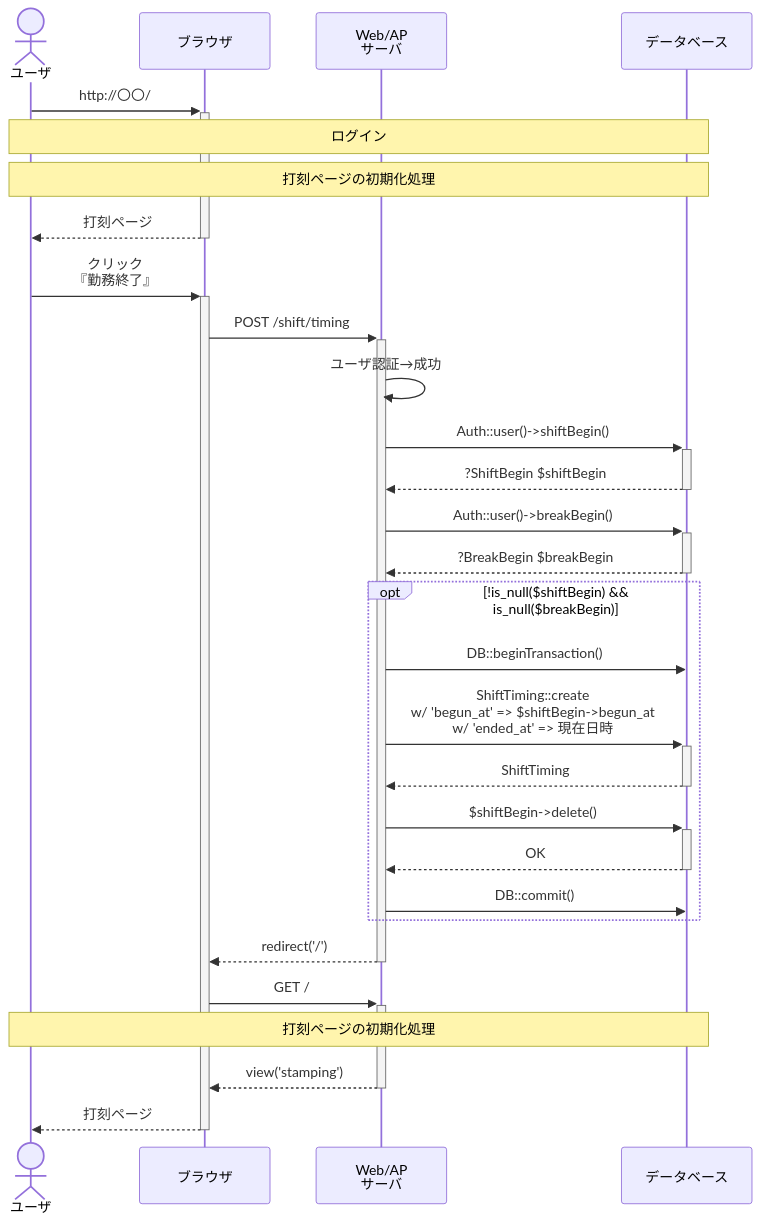
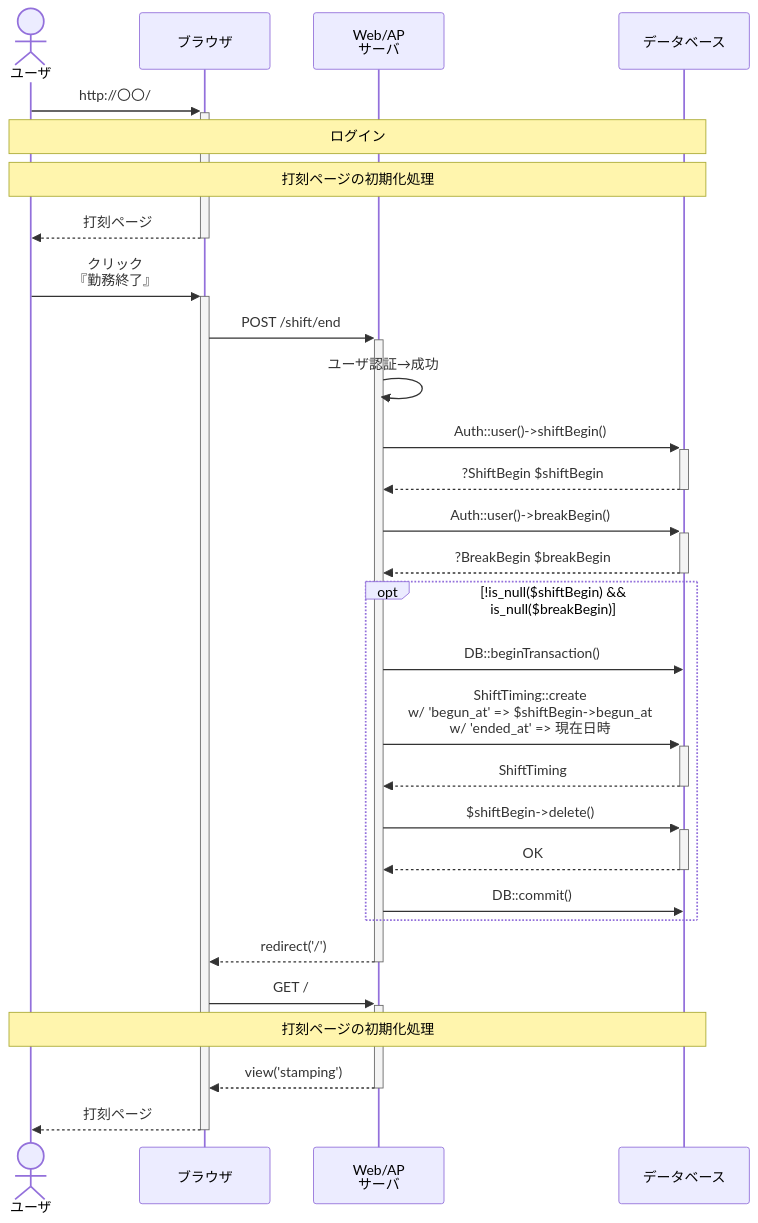
Before and after one commit to ryamao/atte: the diagram in doc/シーケンス図/勤務終了.md, drawn with Mermaid. The commit also changed 1 other file, not shown here.

Commit message:
doc: シーケンス図の誤字を修正

````diff
--- a/doc/シーケンス図/勤務終了.md
+++ b/doc/シーケンス図/勤務終了.md
@@ -3,33 +3,33 @@
 ```mermaid
 sequenceDiagram
   actor U as ユーザ
   participant B as ブラウザ
   participant A as Web/AP<br>サーバ
   participant D as データベース
 
   U ->>+ B : http://〇〇/
   note over U, D : ログイン
   note over U, D : 打刻ページの初期化処理
   B -->>- U : 打刻ページ
 
   U ->>+ B : クリック<br>『勤務終了』
-  B ->>+ A : POST /shift/timing
+  B ->>+ A : POST /shift/end
   A ->> A : ユーザ認証→成功
   A ->>+ D : Auth::user()->shiftBegin()
   D -->>- A : ?ShiftBegin $shiftBegin
   A ->>+ D : Auth::user()->breakBegin()
   D -->>- A : ?BreakBegin $breakBegin
   opt !is_null($shiftBegin) && is_null($breakBegin)
     A ->> D : DB::beginTransaction()
     A ->>+ D : ShiftTiming::create<br>w/ 'begun_at' => $shiftBegin->begun_at<br>w/ 'ended_at' => 現在日時
     D -->>- A : ShiftTiming
     A ->>+ D : $shiftBegin->delete()
     D -->>- A : OK
     A ->> D : DB::commit()
   end
   A -->>- B : redirect('/')
   B ->>+ A : GET /
   note over U, D : 打刻ページの初期化処理
   A -->>- B : view('stamping')
   B -->>- U : 打刻ページ
 ```
````
